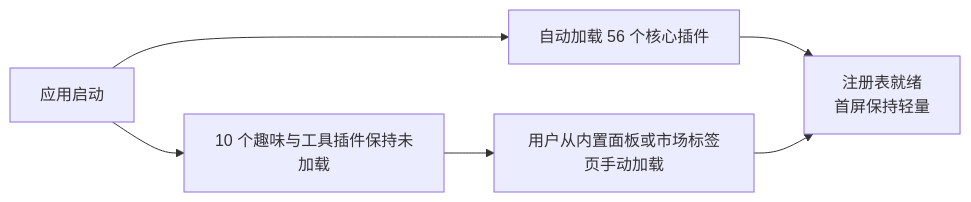
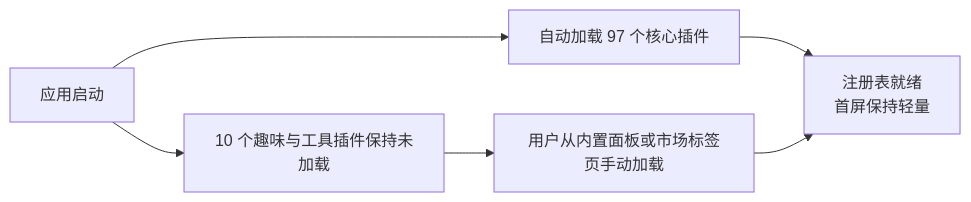
The second of 4 diagrams in docs/technical/03-插件系统.md (SnowLeopard-io/ErgalicsStudio), drawn with Mermaid before and after one commit. The commit also changed other lines of this file and 33 other files, not shown here.

````diff
--- a/docs/technical/03-插件系统.md
+++ b/docs/technical/03-插件系统.md
@@ -238,8 +337,8 @@
 ```mermaid
 flowchart LR
-    A["应用启动"] --> B["自动加载 56 个核心插件"]
+    A["应用启动"] --> B["自动加载 97 个核心插件"]
     A --> C["10 个趣味与工具插件保持未加载"]
     C --> D["用户从内置面板或市场标签页手动加载"]
     B --> E["注册表就绪<br/>首屏保持轻量"]
     D --> E
 ```
````
